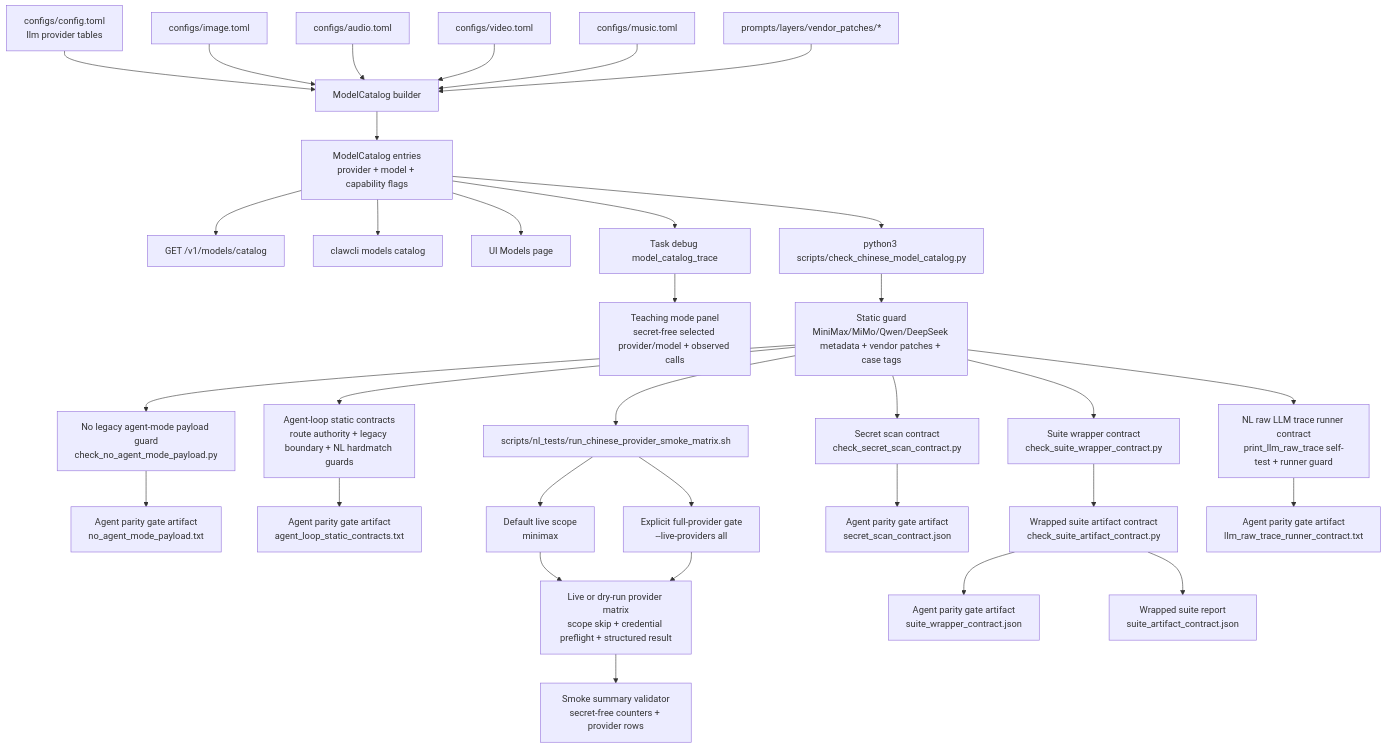
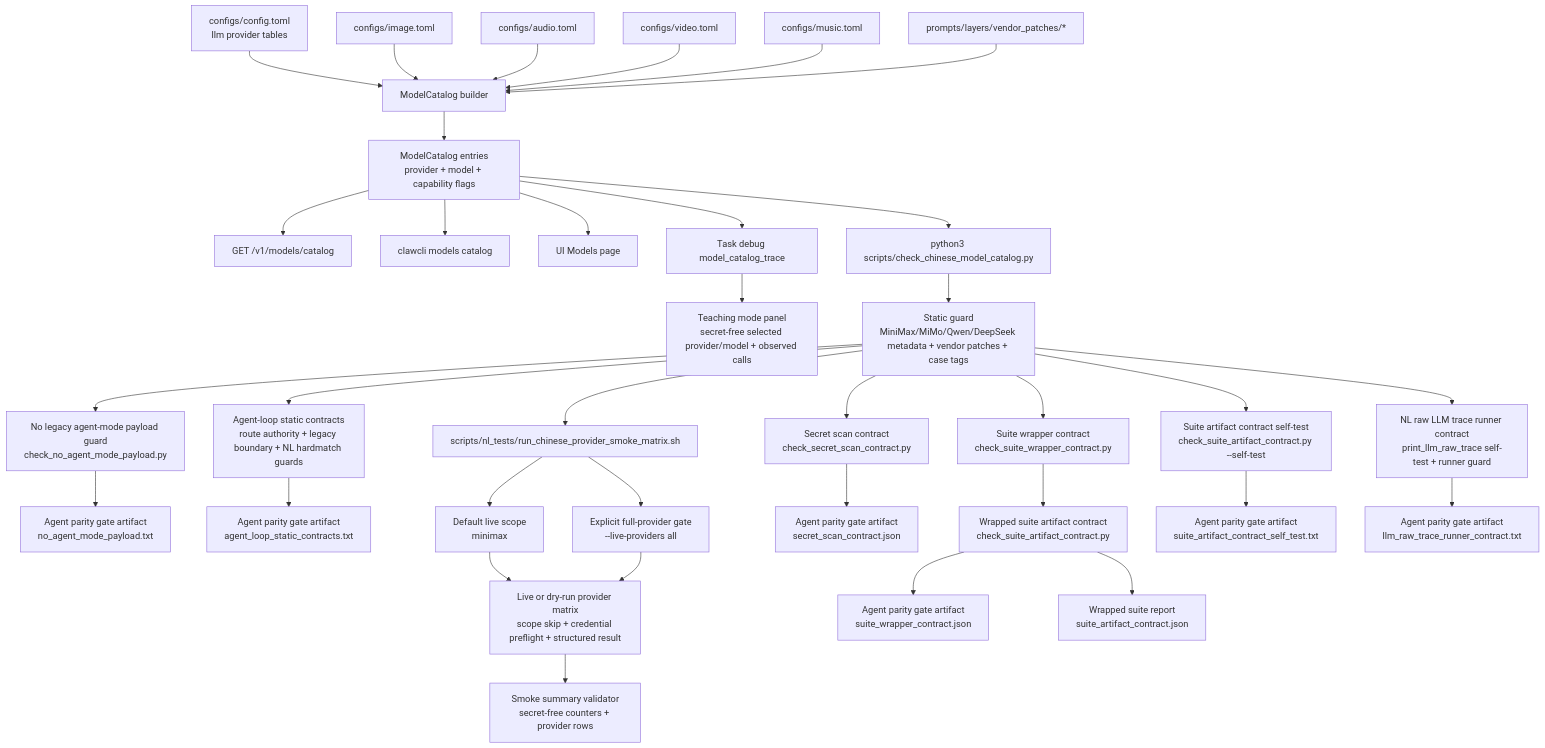
Before and after one commit to MatrixCoreX/RustClaw: diagram 16 of 16 in README.md, drawn with Mermaid. The commit also changed other lines of this file and 6 other files, not shown here.

Commit message:
Self-test suite artifact contract checker

````diff
--- a/README.md
+++ b/README.md
@@ -744,35 +744,37 @@
 ```mermaid
 flowchart TD
     A[configs/config.toml<br/>llm provider tables] --> B[ModelCatalog builder]
     C[configs/image.toml] --> B
     D[configs/audio.toml] --> B
     E[configs/video.toml] --> B
     F[configs/music.toml] --> B
     G[prompts/layers/vendor_patches/*] --> B
     B --> H[ModelCatalog entries<br/>provider + model + capability flags]
     H --> I[GET /v1/models/catalog]
     H --> J[clawcli models catalog]
     H --> K[UI Models page]
     H --> L[Task debug model_catalog_trace]
     L --> M[Teaching mode panel<br/>secret-free selected provider/model + observed calls]
     H --> N[python3 scripts/check_chinese_model_catalog.py]
     N --> O[Static guard<br/>MiniMax/MiMo/Qwen/DeepSeek metadata + vendor patches + case tags]
     O --> AM[No legacy agent-mode payload guard<br/>check_no_agent_mode_payload.py]
     AM --> AA[Agent parity gate artifact<br/>no_agent_mode_payload.txt]
     O --> ALS[Agent-loop static contracts<br/>route authority + legacy boundary + NL hardmatch guards]
     ALS --> ALA[Agent parity gate artifact<br/>agent_loop_static_contracts.txt]
     O --> SC[Secret scan contract<br/>check_secret_scan_contract.py]
     O --> P[scripts/nl_tests/run_chinese_provider_smoke_matrix.sh]
     P --> PS[Default live scope<br/>minimax]
     PS --> Q[Live or dry-run provider matrix<br/>scope skip + credential preflight + structured result]
     P --> R[Explicit full-provider gate<br/>--live-providers all]
     R --> Q
     Q --> SV[Smoke summary validator<br/>secret-free counters + provider rows]
     SC --> AP[Agent parity gate artifact<br/>secret_scan_contract.json]
     O --> SW[Suite wrapper contract<br/>check_suite_wrapper_contract.py]
     SW --> SAC[Wrapped suite artifact contract<br/>check_suite_artifact_contract.py]
     SAC --> AW[Agent parity gate artifact<br/>suite_wrapper_contract.json]
     SAC --> SAR[Wrapped suite report<br/>suite_artifact_contract.json]
+    O --> SAST[Suite artifact contract self-test<br/>check_suite_artifact_contract.py --self-test]
+    SAST --> SASTA[Agent parity gate artifact<br/>suite_artifact_contract_self_test.txt]
     O --> LT[NL raw LLM trace runner contract<br/>print_llm_raw_trace self-test + runner guard]
     LT --> AT[Agent parity gate artifact<br/>llm_raw_trace_runner_contract.txt]
 ```
````
